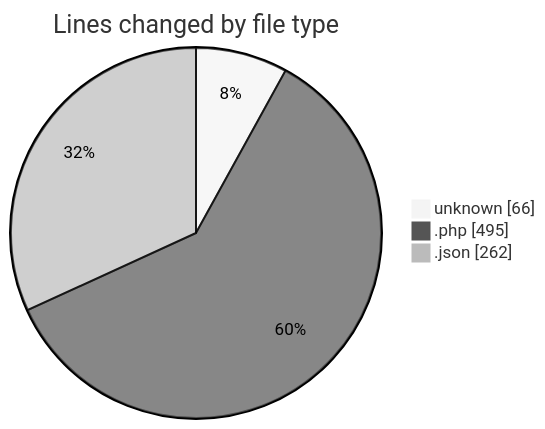
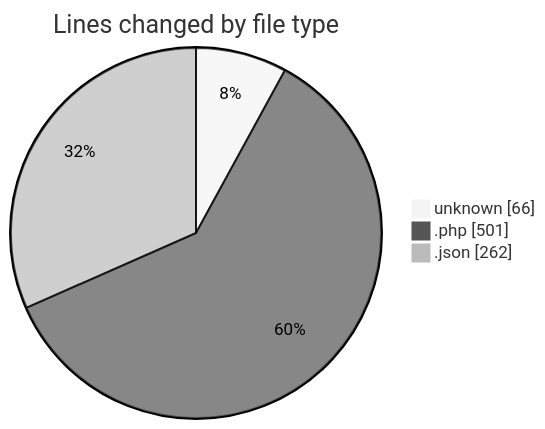
One commit to idhammustaqopulfikri/code-tracking changed the first of 2 diagrams in 2025-11-08/futsal/README.md. Above: the diagram before and after it, drawn with Mermaid (neutral theme). The commit also changed other lines of this file and 1 other file, not shown here.

````diff
--- a/2025-11-08/futsal/README.md
+++ b/2025-11-08/futsal/README.md
@@ -27,7 +27,7 @@
 ```mermaid
 pie showData
 title Lines changed by file type
 "unknown" : 66
-".php" : 495
+".php" : 501
 ".json" : 262
 ```
````
